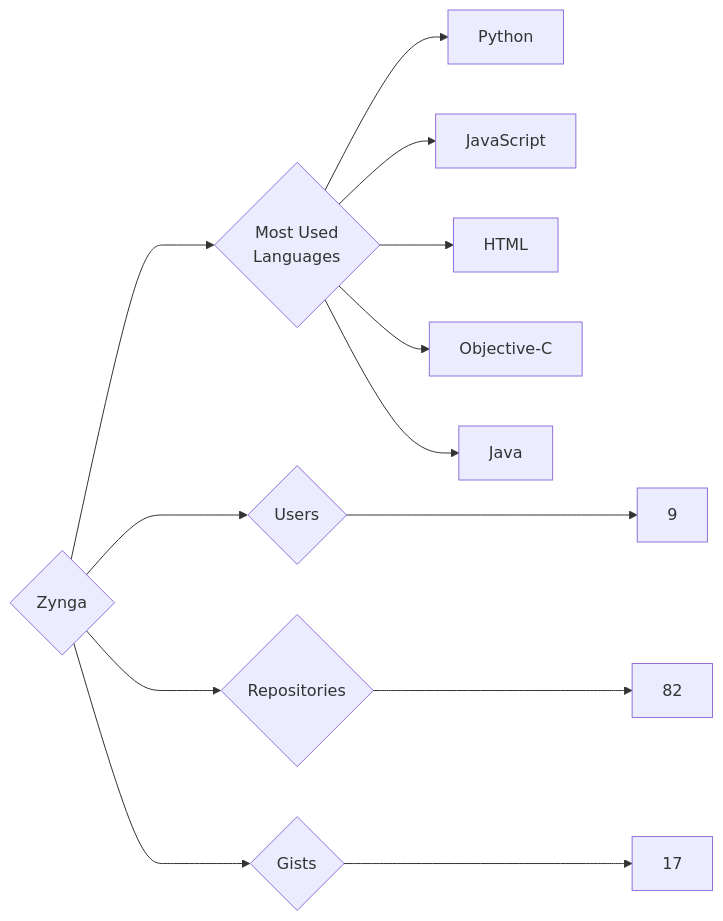
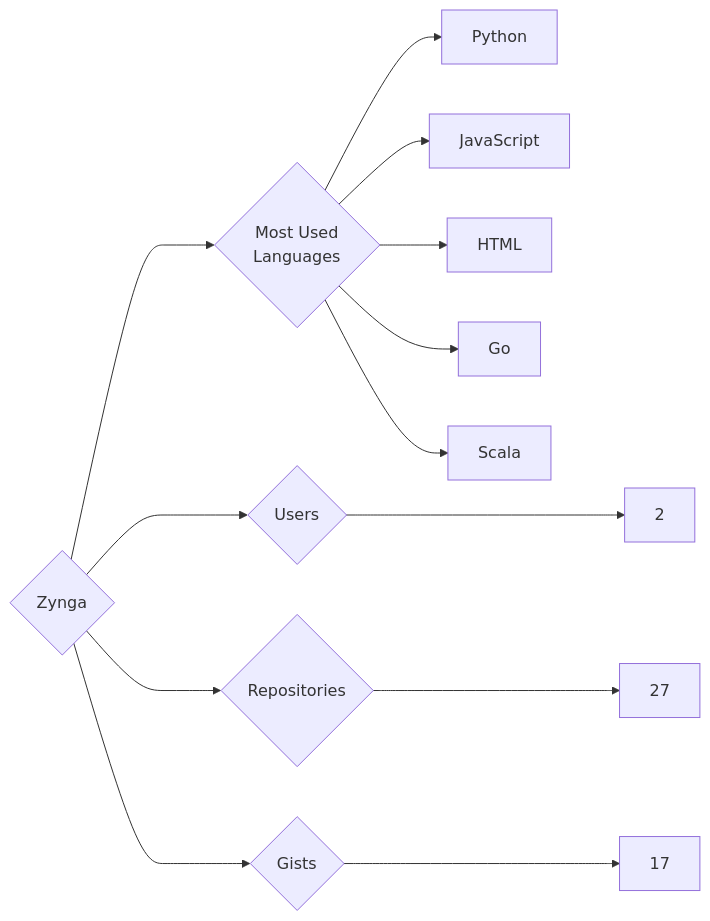
The diagram in targets/Zynga/README.md (trickest/insiders), drawn with Mermaid before and after one commit. The commit also changed 797 other files, not shown here.

````diff
--- a/targets/Zynga/README.md
+++ b/targets/Zynga/README.md
@@ -3,13 +3,13 @@
 ```mermaid
 graph LR
 COMPANY_NAME{Zynga}
-COMPANY_NAME ---> U{Users} ---> UN[9]
-COMPANY_NAME ---> R{Repositories} ---> RN[82]
+COMPANY_NAME ---> U{Users} ---> UN[2]
+COMPANY_NAME ---> R{Repositories} ---> RN[27]
 COMPANY_NAME ---> G{Gists} ---> GN[17]
 COMPANY_NAME ---> ML{Most Used<br>Languages}
 ML --> Python[Python]
 ML --> JavaScript[JavaScript]
 ML --> HTML[HTML]
-ML --> Objective-C[Objective-C]
-ML --> Java[Java]
+ML --> Go[Go]
+ML --> Scala[Scala]
 ```
````
